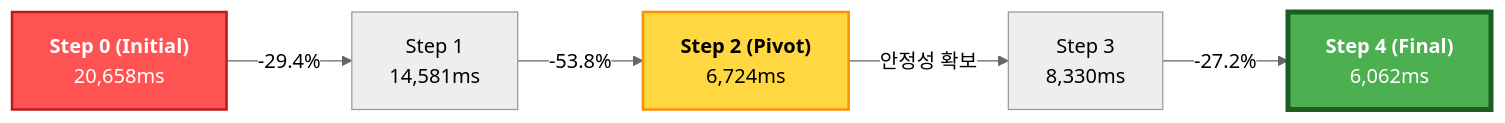
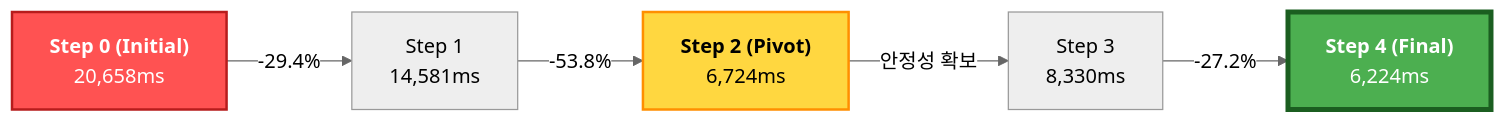
The second of 4 diagrams in reports/202601-shinhan-life-perf.md (pilupus/technical-archive), drawn with Mermaid (neutral theme) before and after one commit. The commit also changed other lines of this file and 7 other files, not shown here.

````diff
--- a/reports/202601-shinhan-life-perf.md
+++ b/reports/202601-shinhan-life-perf.md
@@ -61,19 +94,19 @@
 ```mermaid
 graph LR
     %% 주요 단계 강조 스타일 정의
     S0["<b>Step 0 (Initial)</b><br/>20,658ms"] 
     S1["Step 1<br/>14,581ms"]
     S2["<b>Step 2 (Pivot)</b><br/>6,724ms"]
     S3["Step 3<br/>8,330ms"]
-    S4["<b>Step 4 (Final)</b><br/>6,062ms"]
+    S4["<b>Step 4 (Final)</b><br/>6,224ms"]
 
     S0 -- "-29.4%" --> S1
     S1 -- "-53.8%" --> S2
     S2 -- "안정성 확보" --> S3
     S3 -- "-27.2%" --> S4
 
     %% CSS 스타일 적용
     style S0 fill:#FF5252,stroke:#B71C1C,color:#FFFFFF,stroke-width:2px
     style S2 fill:#FFD740,stroke:#FF8F00,color:#000000,stroke-width:2px
     style S4 fill:#4CAF50,stroke:#1B5E20,color:#FFFFFF,stroke-width:4px
 ```
````
